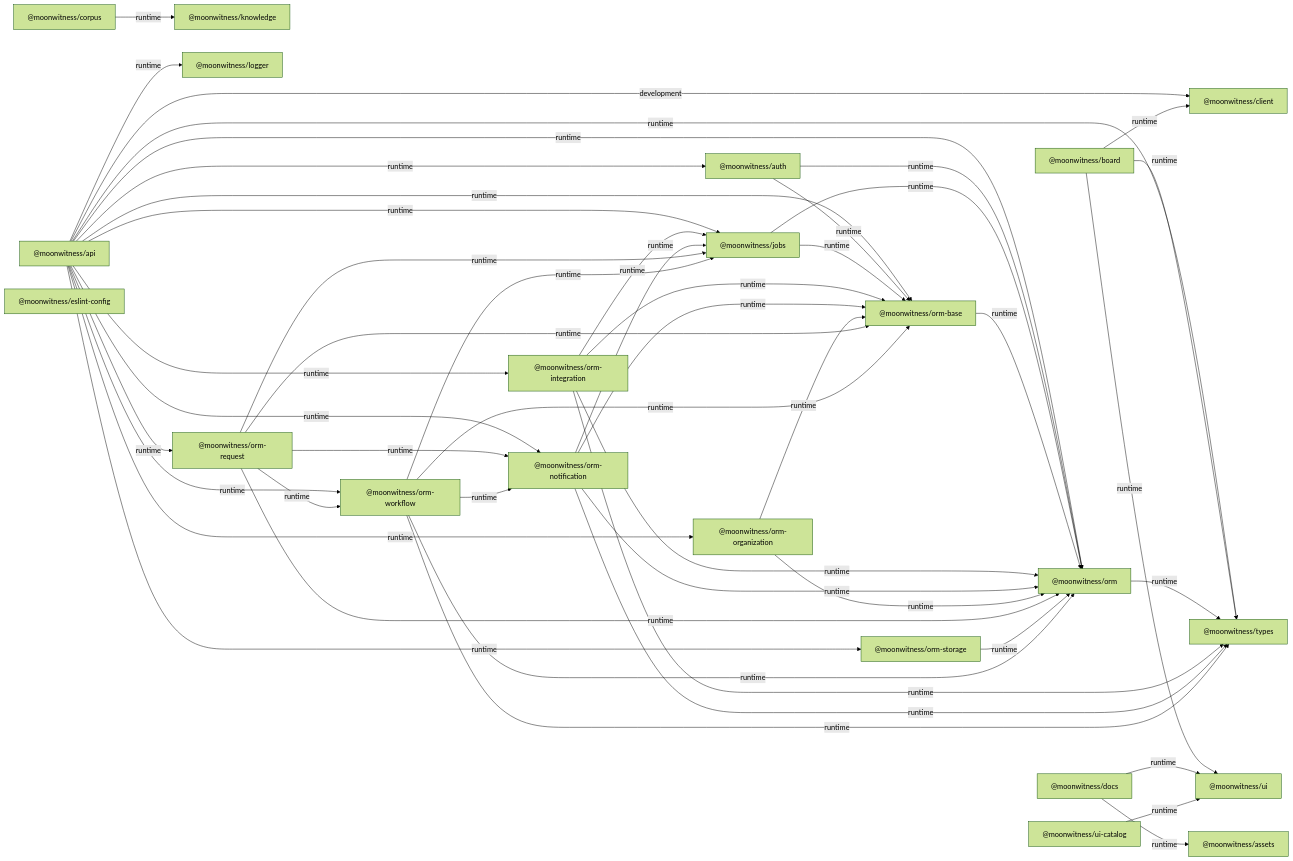
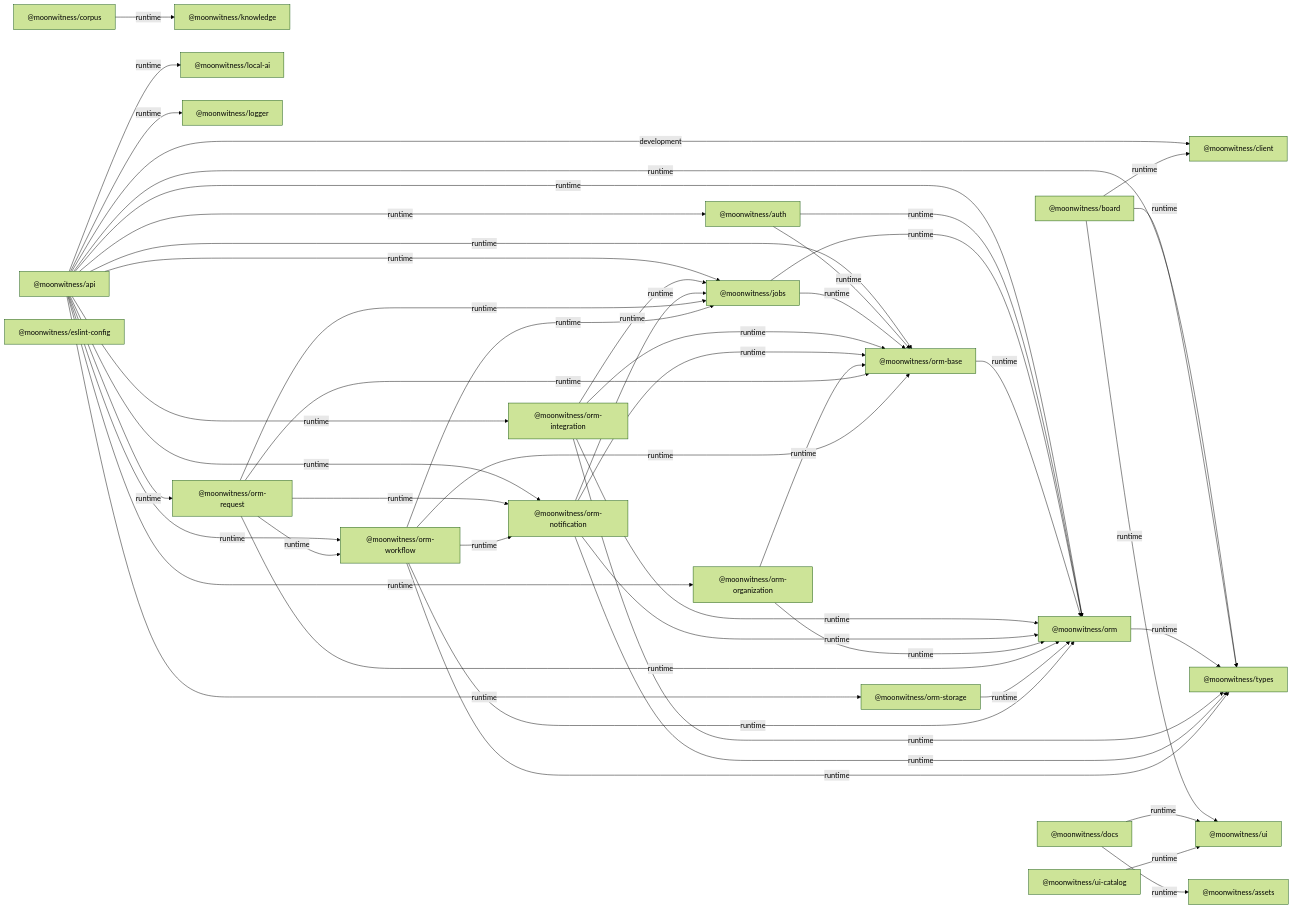
The diagram in docs/architecture/diagrams/workspace-dependencies.mmd (bjo163/moonwitness-xi), drawn with Mermaid (forest theme) before and after one commit. The commit also changed 5 other files, not shown here.

Commit message:
docs: refresh architecture and release plan evidence

```diff
--- a/docs/architecture/diagrams/workspace-dependencies.mmd
+++ b/docs/architecture/diagrams/workspace-dependencies.mmd
@@ -1,70 +1,72 @@
 flowchart LR
   pkg0["@moonwitness/api"]
   pkg1["@moonwitness/assets"]
   pkg2["@moonwitness/auth"]
   pkg3["@moonwitness/board"]
   pkg4["@moonwitness/client"]
   pkg5["@moonwitness/corpus"]
   pkg6["@moonwitness/docs"]
   pkg7["@moonwitness/eslint-config"]
   pkg8["@moonwitness/jobs"]
   pkg9["@moonwitness/knowledge"]
-  pkg10["@moonwitness/logger"]
-  pkg11["@moonwitness/orm"]
-  pkg12["@moonwitness/orm-base"]
-  pkg13["@moonwitness/orm-integration"]
-  pkg14["@moonwitness/orm-notification"]
-  pkg15["@moonwitness/orm-organization"]
-  pkg16["@moonwitness/orm-request"]
-  pkg17["@moonwitness/orm-storage"]
-  pkg18["@moonwitness/orm-workflow"]
-  pkg19["@moonwitness/types"]
-  pkg20["@moonwitness/ui"]
-  pkg21["@moonwitness/ui-catalog"]
+  pkg10["@moonwitness/local-ai"]
+  pkg11["@moonwitness/logger"]
+  pkg12["@moonwitness/orm"]
+  pkg13["@moonwitness/orm-base"]
+  pkg14["@moonwitness/orm-integration"]
+  pkg15["@moonwitness/orm-notification"]
+  pkg16["@moonwitness/orm-organization"]
+  pkg17["@moonwitness/orm-request"]
+  pkg18["@moonwitness/orm-storage"]
+  pkg19["@moonwitness/orm-workflow"]
+  pkg20["@moonwitness/types"]
+  pkg21["@moonwitness/ui"]
+  pkg22["@moonwitness/ui-catalog"]
   pkg0 -->|development| pkg4
   pkg0 -->|runtime| pkg2
   pkg0 -->|runtime| pkg8
   pkg0 -->|runtime| pkg10
   pkg0 -->|runtime| pkg11
   pkg0 -->|runtime| pkg12
   pkg0 -->|runtime| pkg13
   pkg0 -->|runtime| pkg14
   pkg0 -->|runtime| pkg15
   pkg0 -->|runtime| pkg16
   pkg0 -->|runtime| pkg17
   pkg0 -->|runtime| pkg18
   pkg0 -->|runtime| pkg19
-  pkg2 -->|runtime| pkg11
+  pkg0 -->|runtime| pkg20
   pkg2 -->|runtime| pkg12
+  pkg2 -->|runtime| pkg13
   pkg3 -->|runtime| pkg4
-  pkg3 -->|runtime| pkg19
   pkg3 -->|runtime| pkg20
+  pkg3 -->|runtime| pkg21
   pkg5 -->|runtime| pkg9
   pkg6 -->|runtime| pkg1
-  pkg6 -->|runtime| pkg20
-  pkg8 -->|runtime| pkg11
+  pkg6 -->|runtime| pkg21
   pkg8 -->|runtime| pkg12
-  pkg11 -->|runtime| pkg19
-  pkg12 -->|runtime| pkg11
-  pkg13 -->|runtime| pkg8
-  pkg13 -->|runtime| pkg11
+  pkg8 -->|runtime| pkg13
+  pkg12 -->|runtime| pkg20
   pkg13 -->|runtime| pkg12
-  pkg13 -->|runtime| pkg19
   pkg14 -->|runtime| pkg8
-  pkg14 -->|runtime| pkg11
   pkg14 -->|runtime| pkg12
-  pkg14 -->|runtime| pkg19
-  pkg15 -->|runtime| pkg11
+  pkg14 -->|runtime| pkg13
+  pkg14 -->|runtime| pkg20
+  pkg15 -->|runtime| pkg8
   pkg15 -->|runtime| pkg12
-  pkg16 -->|runtime| pkg8
-  pkg16 -->|runtime| pkg11
+  pkg15 -->|runtime| pkg13
+  pkg15 -->|runtime| pkg20
   pkg16 -->|runtime| pkg12
-  pkg16 -->|runtime| pkg14
-  pkg16 -->|runtime| pkg18
-  pkg17 -->|runtime| pkg11
-  pkg18 -->|runtime| pkg8
-  pkg18 -->|runtime| pkg11
+  pkg16 -->|runtime| pkg13
+  pkg17 -->|runtime| pkg8
+  pkg17 -->|runtime| pkg12
+  pkg17 -->|runtime| pkg13
+  pkg17 -->|runtime| pkg15
+  pkg17 -->|runtime| pkg19
   pkg18 -->|runtime| pkg12
-  pkg18 -->|runtime| pkg14
-  pkg18 -->|runtime| pkg19
-  pkg21 -->|runtime| pkg20
+  pkg19 -->|runtime| pkg8
+  pkg19 -->|runtime| pkg12
+  pkg19 -->|runtime| pkg13
+  pkg19 -->|runtime| pkg15
+  pkg19 -->|runtime| pkg20
+  pkg22 -->|runtime| pkg21
```
